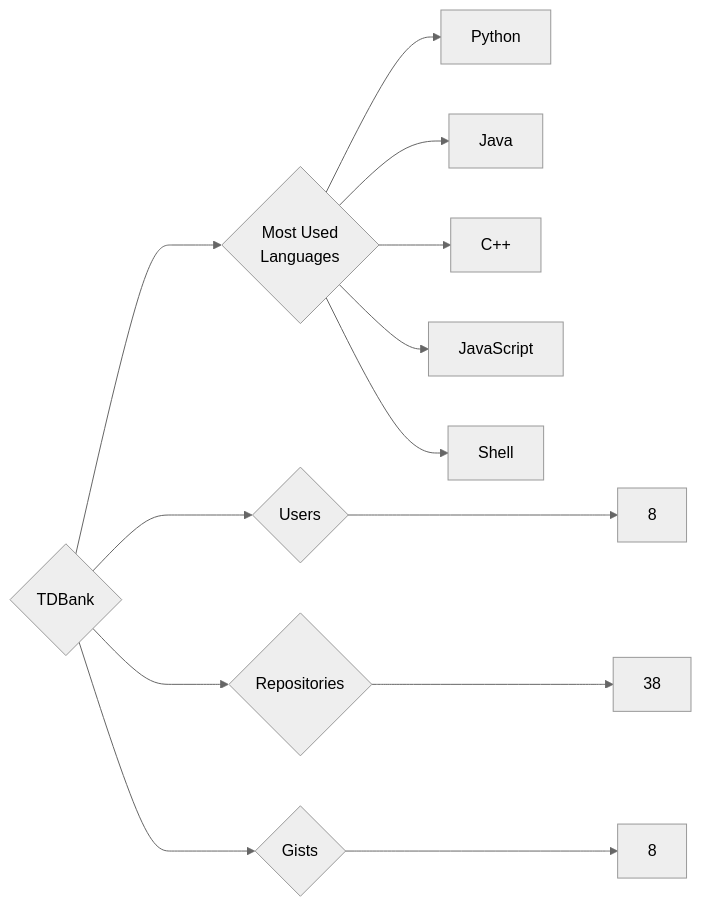
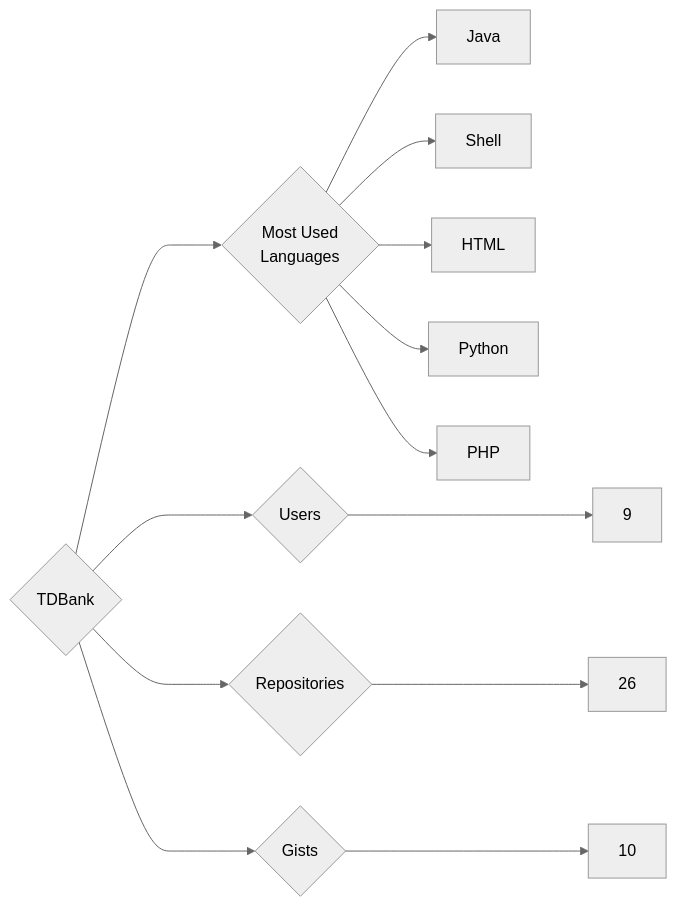
One commit to trickest/insiders changed the diagram in targets/TDBank/README.md. Above: the diagram before and after it, drawn with Mermaid (neutral theme). The commit also changed 1484 other files, not shown here.

````diff
--- a/targets/TDBank/README.md
+++ b/targets/TDBank/README.md
@@ -3,13 +3,13 @@
 ```mermaid
 graph LR
 COMPANY_NAME{TDBank}
-COMPANY_NAME ---> U{Users} ---> UN[8]
-COMPANY_NAME ---> R{Repositories} ---> RN[38]
-COMPANY_NAME ---> G{Gists} ---> GN[8]
+COMPANY_NAME ---> U{Users} ---> UN[9]
+COMPANY_NAME ---> R{Repositories} ---> RN[26]
+COMPANY_NAME ---> G{Gists} ---> GN[10]
 COMPANY_NAME ---> ML{Most Used<br>Languages}
+ML --> Java[Java]
+ML --> Shell[Shell]
+ML --> HTML[HTML]
 ML --> Python[Python]
-ML --> Java[Java]
-ML --> C++[C++]
-ML --> JavaScript[JavaScript]
-ML --> Shell[Shell]
+ML --> PHP[PHP]
 ```
````
